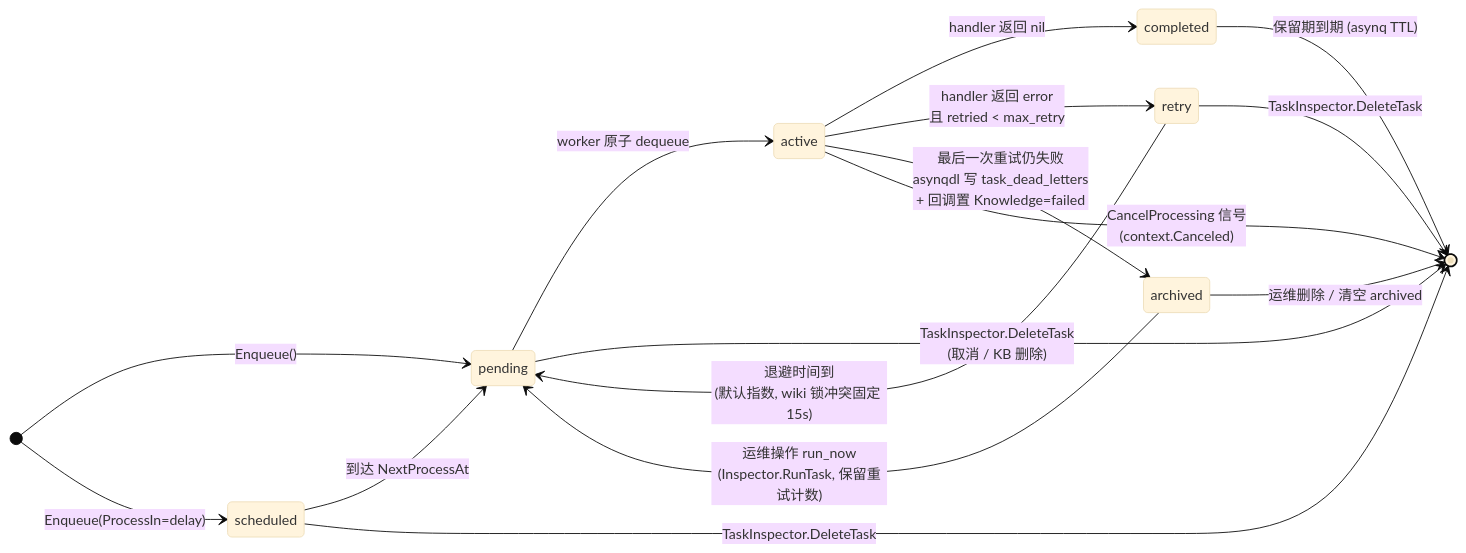
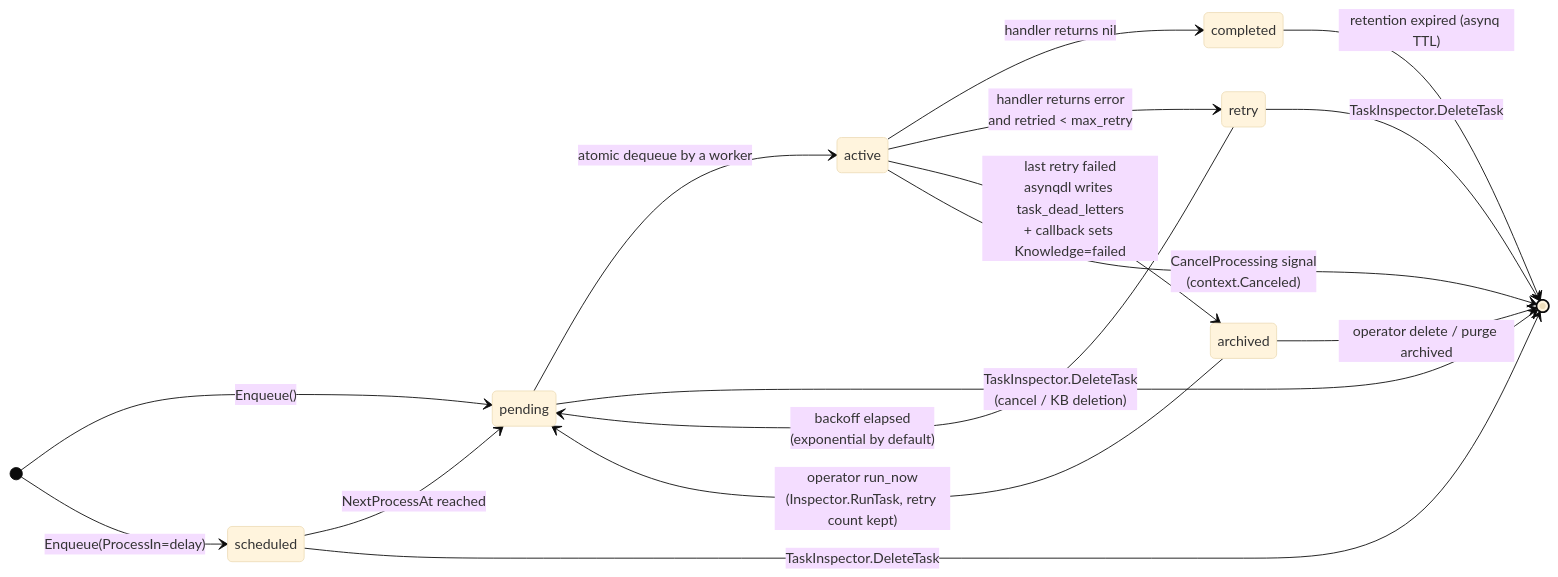
Before and after one commit to jrmatherly/ai-kb: the second of 3 diagrams in website-docs/02-architecture/05-async-tasks.md, drawn with Mermaid (base theme). The commit also changed other lines of this file and 7 other files, not shown here.

First line of the commit message:
docs(architecture): translate to English, rebrand to AI KB, verify against code

````diff
--- a/website-docs/02-architecture/05-async-tasks.md
+++ b/website-docs/02-architecture/05-async-tasks.md
@@ -207,19 +207,19 @@
 ```mermaid
 stateDiagram-v2
     direction LR
     [*] --> pending : Enqueue()
     [*] --> scheduled : Enqueue(ProcessIn=delay)
-    scheduled --> pending : 到达 NextProcessAt
-    pending --> active : worker 原子 dequeue
-    active --> completed : handler 返回 nil
-    active --> retry : handler 返回 error<br/>且 retried < max_retry
-    retry --> pending : 退避时间到<br/>(默认指数, wiki 锁冲突固定 15s)
-    active --> archived : 最后一次重试仍失败<br/>asynqdl 写 task_dead_letters<br/>+ 回调置 Knowledge=failed
-    active --> [*] : CancelProcessing 信号<br/>(context.Canceled)
-    pending --> [*] : TaskInspector.DeleteTask<br/>(取消 / KB 删除)
+    scheduled --> pending : NextProcessAt reached
+    pending --> active : atomic dequeue by a worker
+    active --> completed : handler returns nil
+    active --> retry : handler returns error<br/>and retried < max_retry
+    retry --> pending : backoff elapsed<br/>(exponential by default)
+    active --> archived : last retry failed<br/>asynqdl writes task_dead_letters<br/>+ callback sets Knowledge=failed
+    active --> [*] : CancelProcessing signal<br/>(context.Canceled)
+    pending --> [*] : TaskInspector.DeleteTask<br/>(cancel / KB deletion)
     scheduled --> [*] : TaskInspector.DeleteTask
     retry --> [*] : TaskInspector.DeleteTask
-    archived --> pending : 运维操作 run_now<br/>(Inspector.RunTask, 保留重试计数)
-    archived --> [*] : 运维删除 / 清空 archived
-    completed --> [*] : 保留期到期 (asynq TTL)
+    archived --> pending : operator run_now<br/>(Inspector.RunTask, retry count kept)
+    archived --> [*] : operator delete / purge archived
+    completed --> [*] : retention expired (asynq TTL)
 ```
````
